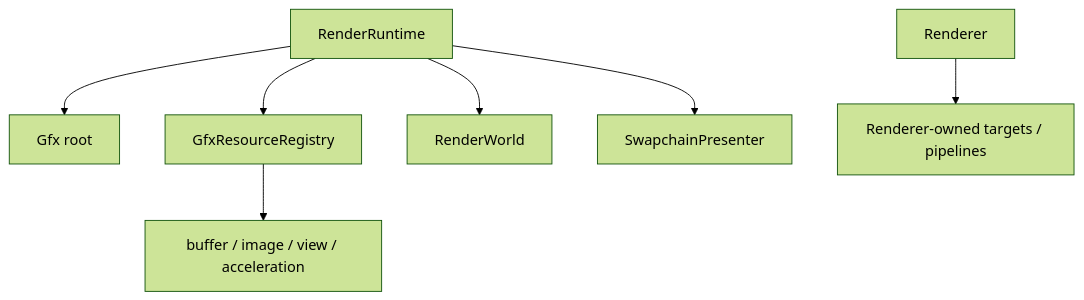
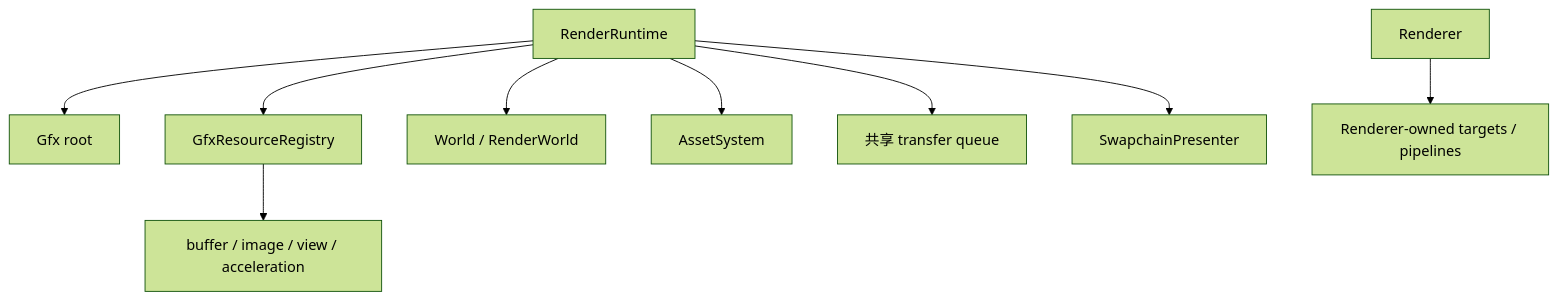
Before and after one commit to acccoco/TruvisRenderer: the diagram in docs/design/resource-lifecycle-and-destruction.md, drawn with Mermaid (forest theme). The commit also changed other lines of this file and 67 other files, not shown here.

````diff
--- a/docs/design/resource-lifecycle-and-destruction.md
+++ b/docs/design/resource-lifecycle-and-destruction.md
@@ -7,9 +7,11 @@
 ```mermaid
 flowchart TB
     Runtime["RenderRuntime"] --> Gfx["Gfx root"]
     Runtime --> Registry["GfxResourceRegistry"]
-    Runtime --> Scene["RenderWorld"]
+    Runtime --> Scene["World / RenderWorld"]
+    Runtime --> Assets["AssetSystem"]
+    Runtime --> Upload["共享 transfer queue"]
     Runtime --> Present["SwapchainPresenter"]
     Renderer["Renderer"] --> Subsystems["Renderer-owned targets / pipelines"]
     Registry --> Leaf["buffer / image / view / acceleration"]
 ```
````
